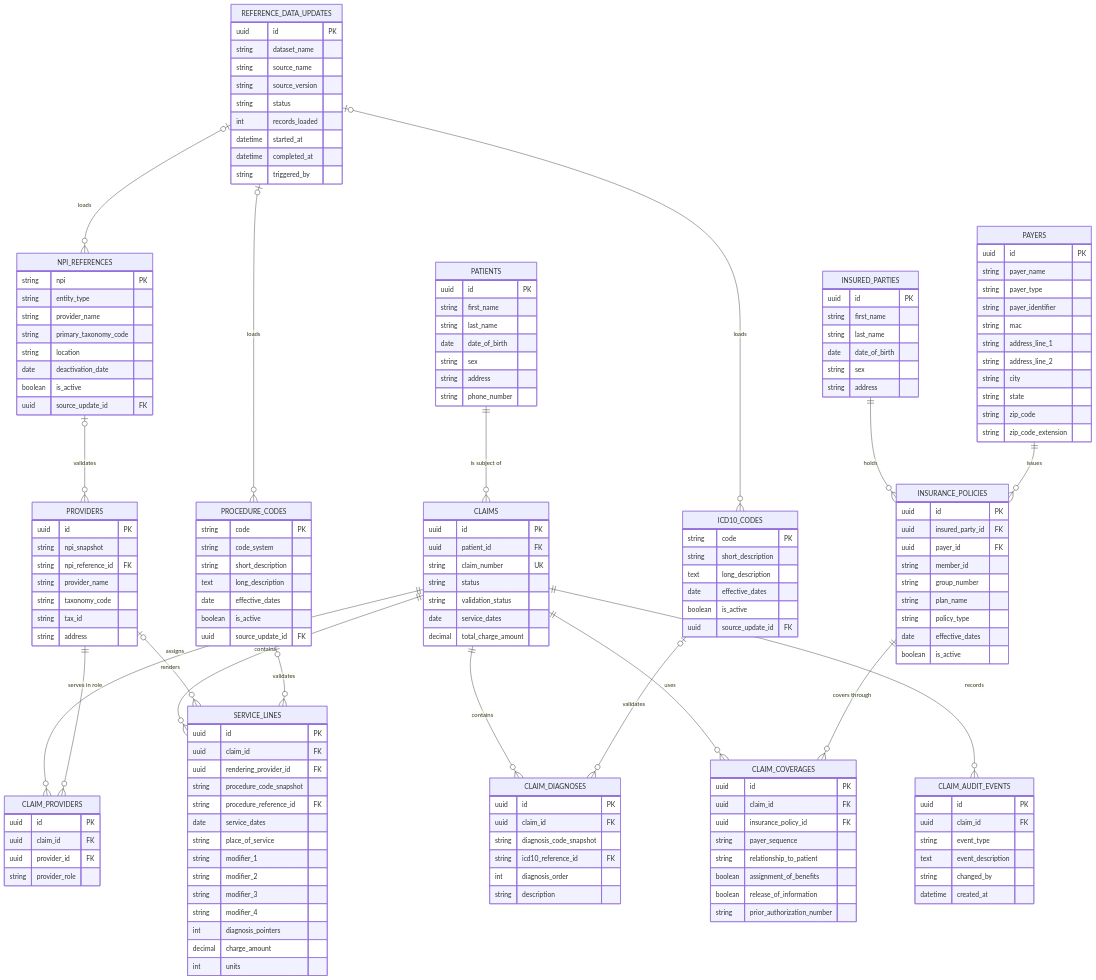
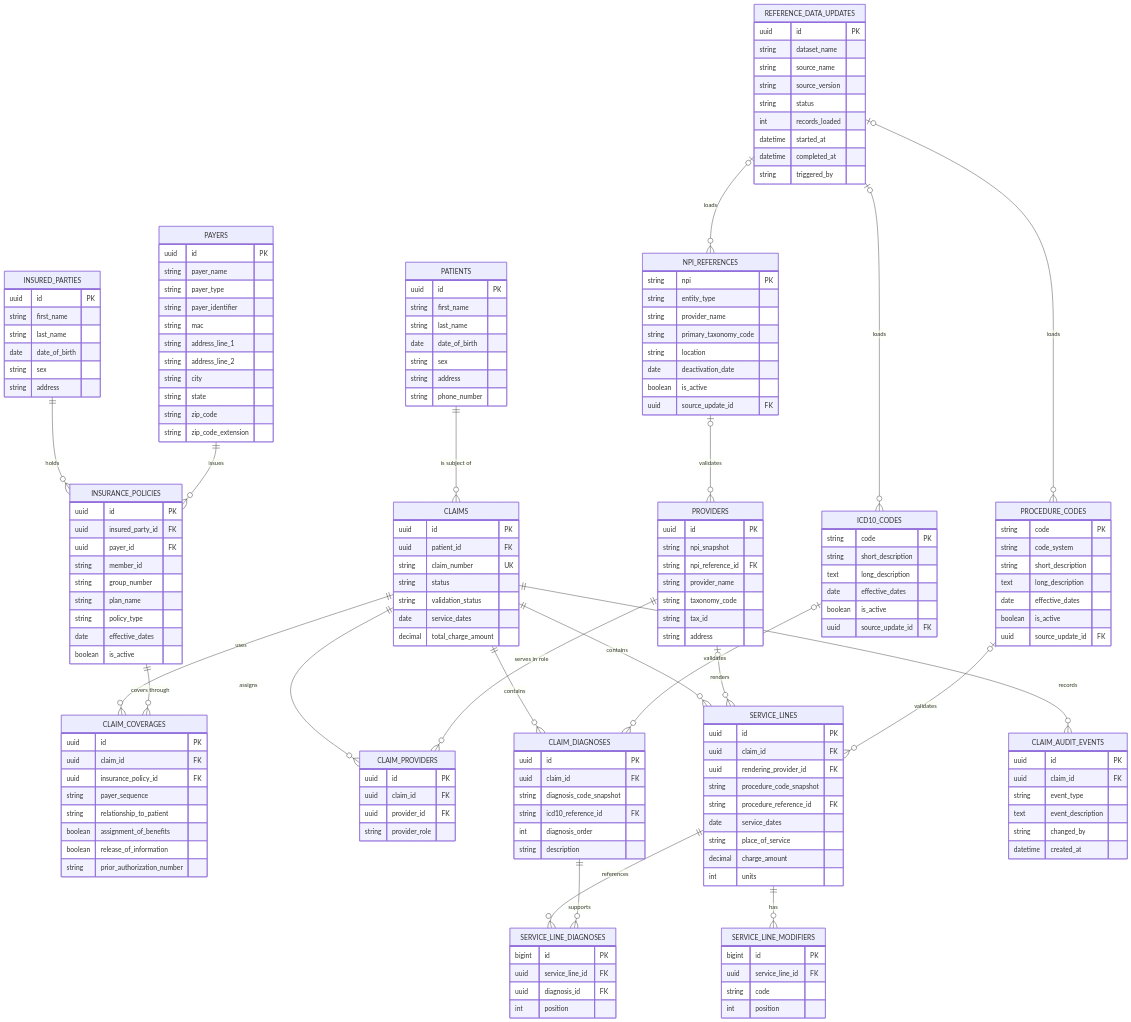
Before and after one commit to ChaoLabs/emr-claim-entry-portal: the second of 2 diagrams in docs/database/cms1500-erd.md, drawn with Mermaid. The commit also changed other lines of this file and 67 other files, not shown here.

```diff
--- a/docs/database/cms1500-erd.md
+++ b/docs/database/cms1500-erd.md
@@ -16,6 +31,9 @@
     PROVIDERS ||--o{ CLAIM_PROVIDERS : "serves in role"
     CLAIMS ||--o{ CLAIM_DIAGNOSES : contains
     CLAIMS ||--o{ SERVICE_LINES : contains
+    SERVICE_LINES ||--o{ SERVICE_LINE_DIAGNOSES : references
+    CLAIM_DIAGNOSES ||--o{ SERVICE_LINE_DIAGNOSES : supports
+    SERVICE_LINES ||--o{ SERVICE_LINE_MODIFIERS : has
     PROVIDERS o|--o{ SERVICE_LINES : renders
     CLAIMS ||--o{ CLAIM_AUDIT_EVENTS : records
 
@@ -126,13 +144,22 @@
         string procedure_reference_id FK
         date service_dates
         string place_of_service
-        string modifier_1
-        string modifier_2
-        string modifier_3
-        string modifier_4
-        int diagnosis_pointers
         decimal charge_amount
         int units
+    }
+
+    SERVICE_LINE_DIAGNOSES {
+        bigint id PK
+        uuid service_line_id FK
+        uuid diagnosis_id FK
+        int position
+    }
+
+    SERVICE_LINE_MODIFIERS {
+        bigint id PK
+        uuid service_line_id FK
+        string code
+        int position
     }
 
     CLAIM_AUDIT_EVENTS {
```
